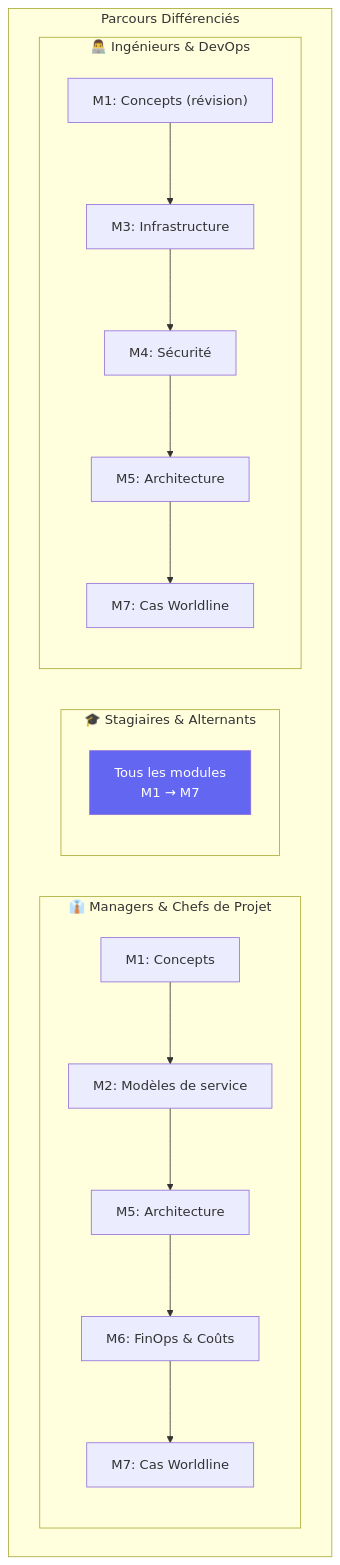
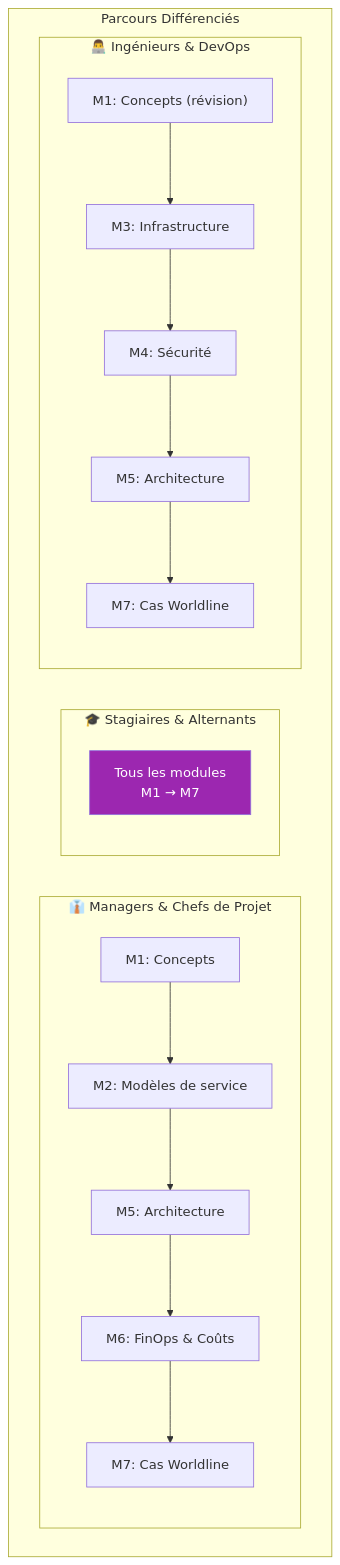
Before and after one commit to VBlackJack/ShellBook: the second of 2 diagrams in docs/formations/cloud-fundamentals/index.md, drawn with Mermaid. The commit also changed other lines of this file and 337 other files, not shown here.

First line of the commit message:
refactor(docs): Standardize code blocks and Mermaid colors

````diff
--- a/docs/formations/cloud-fundamentals/index.md
+++ b/docs/formations/cloud-fundamentals/index.md
@@ -56,29 +56,29 @@
 ```mermaid
 graph TB
     subgraph "Parcours Différenciés"
         subgraph "👔 Managers & Chefs de Projet"
             PM1["M1: Concepts"]
             PM2["M2: Modèles de service"]
             PM5["M5: Architecture"]
             PM6["M6: FinOps & Coûts"]
             PM7["M7: Cas Worldline"]
         end
 
         subgraph "🎓 Stagiaires & Alternants"
             ALL["Tous les modules<br/>M1 → M7"]
         end
 
         subgraph "👨‍💻 Ingénieurs & DevOps"
             DEV1["M1: Concepts (révision)"]
             DEV3["M3: Infrastructure"]
             DEV4["M4: Sécurité"]
             DEV5["M5: Architecture"]
             DEV7["M7: Cas Worldline"]
         end
     end
 
     PM1 --> PM2 --> PM5 --> PM6 --> PM7
     DEV1 --> DEV3 --> DEV4 --> DEV5 --> DEV7
 
-    style ALL fill:#6366f1,color:#fff
+    style ALL fill:#9C27B0,color:#fff
 ```
````
